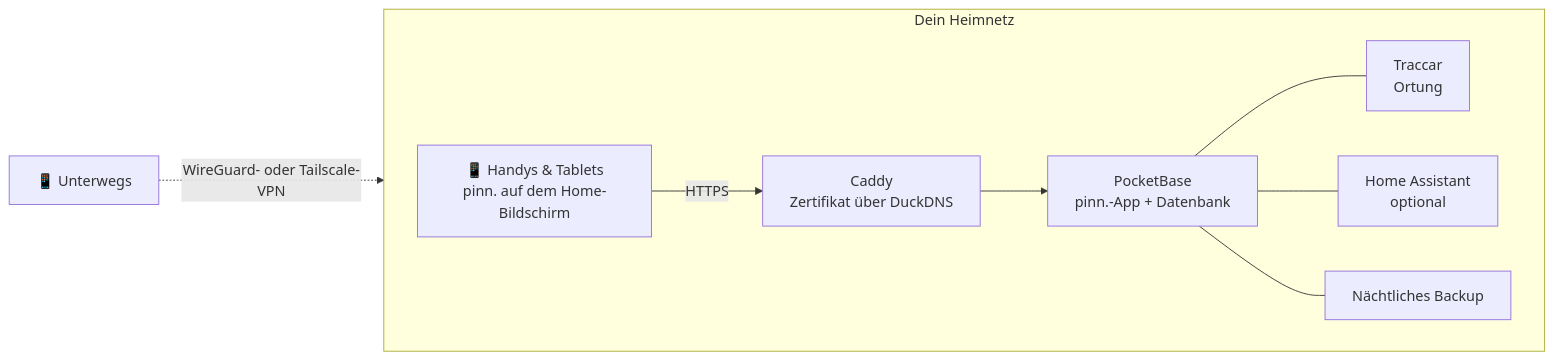
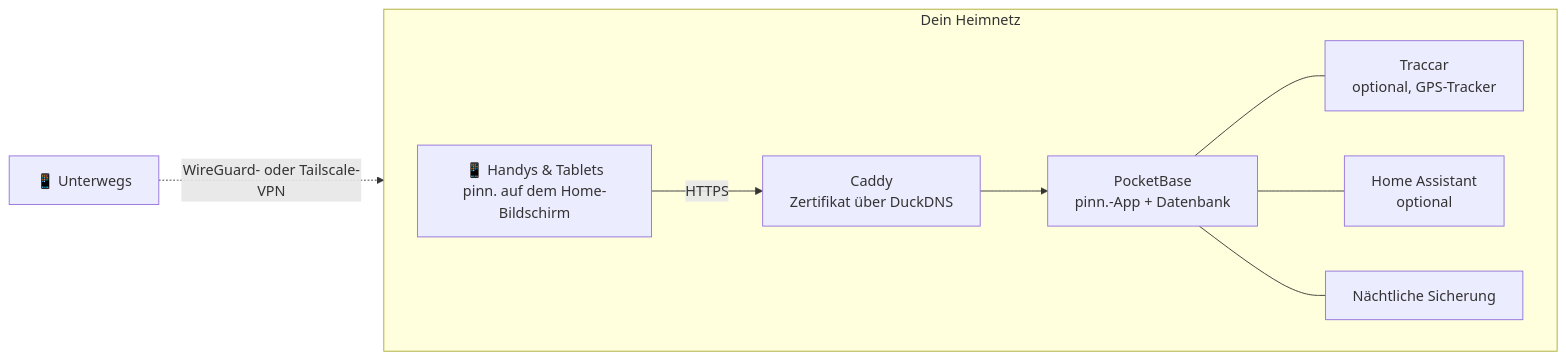
The diagram in README.de.md (pinn-shost/pinn), drawn with Mermaid before and after one commit. The commit also changed other lines of this file and 2 other files, not shown here.

````diff
--- a/README.de.md
+++ b/README.de.md
@@ -64,12 +77,12 @@
 ```mermaid
 flowchart LR
   subgraph Home["Dein Heimnetz"]
     direction LR
     P["📱 Handys & Tablets<br/>pinn. auf dem Home-Bildschirm"] -->|HTTPS| C["Caddy<br/>Zertifikat über DuckDNS"]
     C --> PB["PocketBase<br/>pinn.-App + Datenbank"]
-    PB --- T["Traccar<br/>Ortung"]
+    PB --- T["Traccar<br/>optional, GPS-Tracker"]
     PB --- HA["Home Assistant<br/>optional"]
-    PB --- B["Nächtliches Backup"]
+    PB --- B["Nächtliche Sicherung"]
   end
   R["📱 Unterwegs"] -.->|"WireGuard- oder Tailscale-VPN"| C
 ```
````
